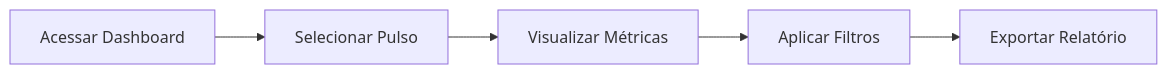
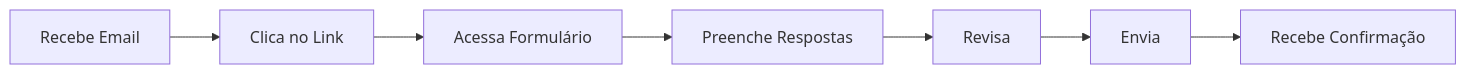
The second of 6 diagrams in documentation/domains/pulses/journeys.mdx (leapy-edtech/docs), drawn with Mermaid before and after one commit. The commit also changed other lines of this file and 3 other files, not shown here.

````diff
--- a/documentation/domains/pulses/journeys.mdx
+++ b/documentation/domains/pulses/journeys.mdx
@@ -30,7 +92,9 @@
 ```mermaid
 flowchart LR
-    A[Acessar Dashboard] --> B[Selecionar Pulso]
-    B --> C[Visualizar Métricas]
-    C --> D[Aplicar Filtros]
-    D --> E[Exportar Relatório]
+    A[Recebe Email] --> B[Clica no Link]
+    B --> C[Acessa Formulário]
+    C --> D[Preenche Respostas]
+    D --> E[Revisa]
+    E --> F[Envia]
+    F --> G[Recebe Confirmação]
 ```
````
